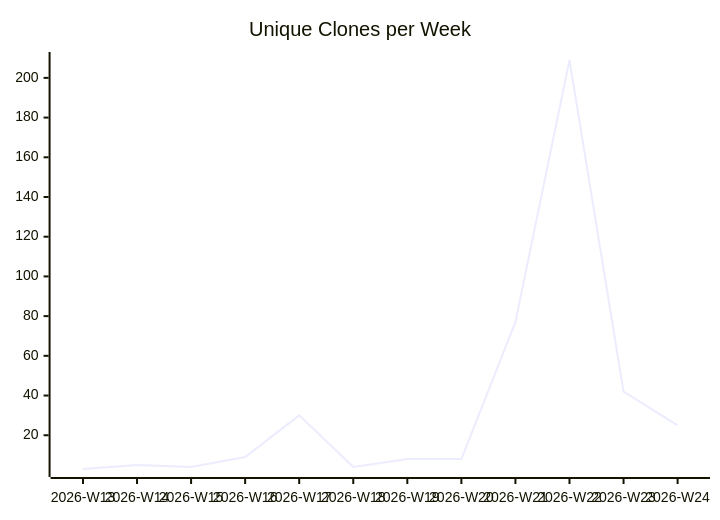
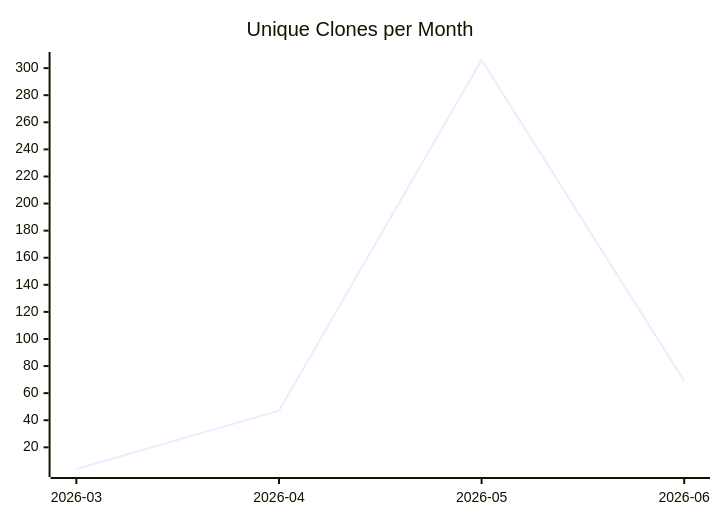
One commit to justdavis-family/github-analytics-data changed the third of 3 diagrams in karlmdavis/dotfiles/README.md. Above: the diagram before and after it, drawn with Mermaid. The commit also changed other lines of this file and 198 other files, not shown here.

````diff
--- a/karlmdavis/dotfiles/README.md
+++ b/karlmdavis/dotfiles/README.md
@@ -19,6 +19,6 @@
 ```mermaid
 xychart-beta
-  title "Unique Clones per Week"
-  x-axis ["2026-W13", "2026-W14", "2026-W15", "2026-W16", "2026-W17", "2026-W18", "2026-W19", "2026-W20", "2026-W21", "2026-W22", "2026-W23", "2026-W24"]
-  line [3, 5, 4, 9, 30, 4, 8, 8, 77, 209, 42, 25]
+  title "Unique Clones per Month"
+  x-axis ["2026-03", "2026-04", "2026-05", "2026-06"]
+  line [4, 47, 306, 69]
 ```
````
